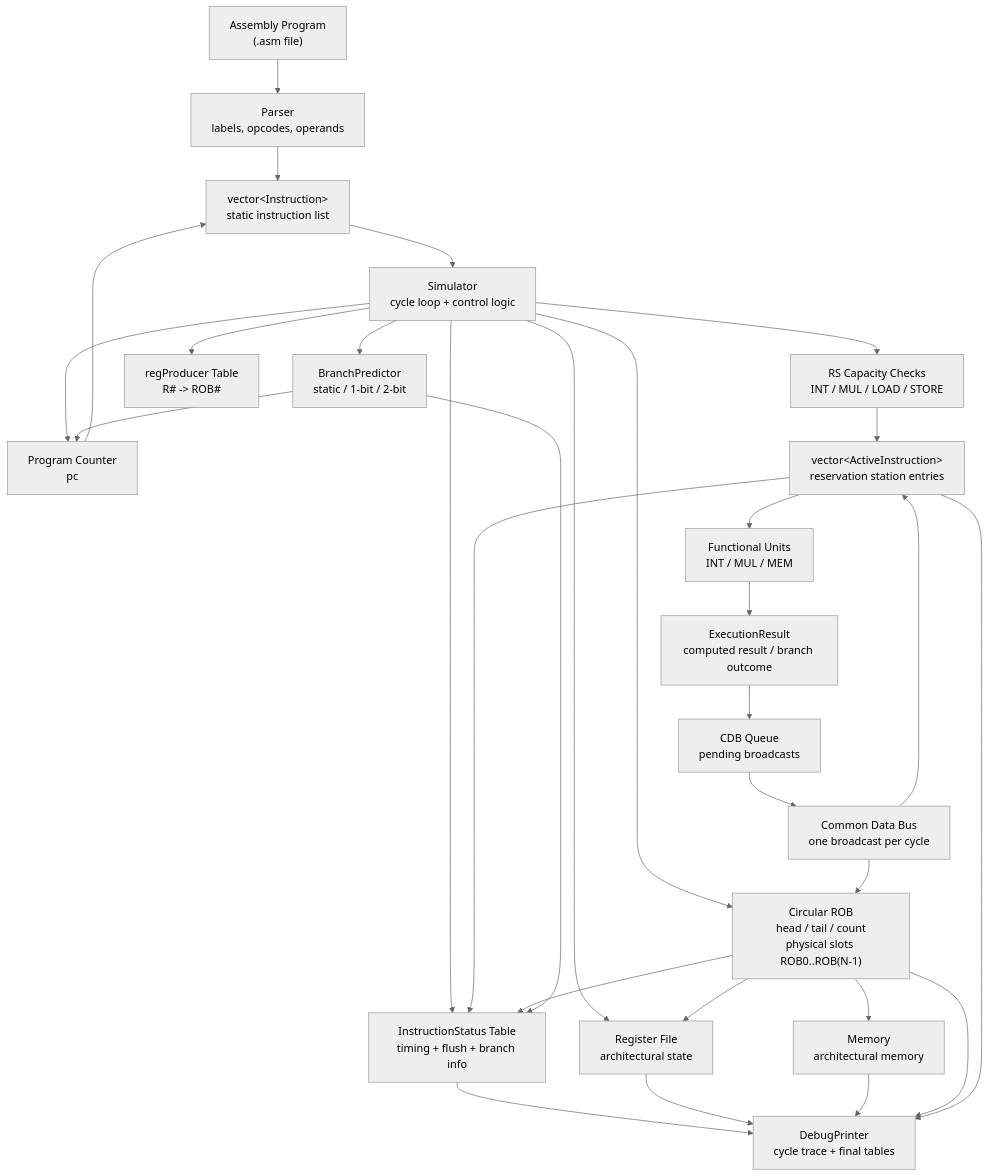
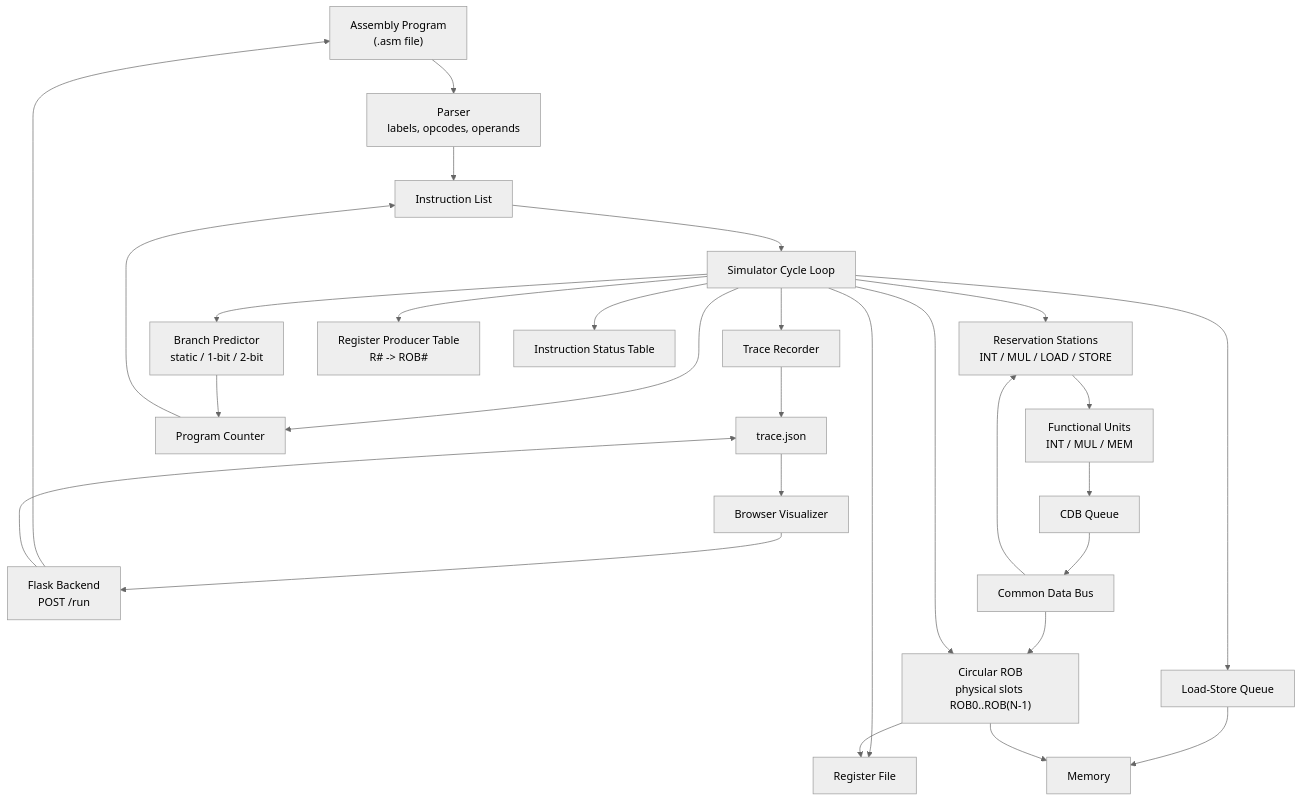
Before and after one commit to elu1652/Tomasulo-Simulator: the diagram in README.md, drawn with Mermaid (neutral theme). The commit also changed other lines of this file and 11 other files, not shown here.

````diff
--- a/README.md
+++ b/README.md
@@ -60,71 +65,59 @@
 ```mermaid
 flowchart TD
     Program["Assembly Program<br/>(.asm file)"]
     Parser["Parser<br/>labels, opcodes, operands"]
-    Instructions["vector&lt;Instruction&gt;<br/>static instruction list"]
+    Instructions["Instruction List"]
 
-    Simulator["Simulator<br/>cycle loop + control logic"]
+    Backend["Flask Backend<br/>POST /run"]
+    Visualizer["Browser Visualizer"]
+    TraceFile["trace.json"]
+    TraceRecorder["Trace Recorder"]
 
-    PC["Program Counter<br/>pc"]
-    BP["BranchPredictor<br/>static / 1-bit / 2-bit"]
+    Simulator["Simulator Cycle Loop"]
+    PC["Program Counter"]
+    BP["Branch Predictor<br/>static / 1-bit / 2-bit"]
 
-    Active["vector&lt;ActiveInstruction&gt;<br/>reservation station entries"]
-    RSCheck["RS Capacity Checks<br/>INT / MUL / LOAD / STORE"]
+    RS["Reservation Stations<br/>INT / MUL / LOAD / STORE"]
+    FU["Functional Units<br/>INT / MUL / MEM"]
+    CDBQ["CDB Queue"]
+    CDB["Common Data Bus"]
 
-    RegFile["Register File<br/>architectural state"]
-    RegProducer["regProducer Table<br/>R# -> ROB#"]
-    ROB["Circular ROB<br/>head / tail / count<br/>physical slots ROB0..ROB(N-1)"]
+    RegFile["Register File"]
+    RegProducer["Register Producer Table<br/>R# -> ROB#"]
+    ROB["Circular ROB<br/>physical slots ROB0..ROB(N-1)"]
+    LSQ["Load-Store Queue"]
+    Memory["Memory"]
+    Status["Instruction Status Table"]
 
-    FU["Functional Units<br/>INT / MUL / MEM"]
-    ExecResult["ExecutionResult<br/>computed result / branch outcome"]
-
-    CDBQ["CDB Queue<br/>pending broadcasts"]
-    CDB["Common Data Bus<br/>one broadcast per cycle"]
-
-    Memory["Memory<br/>architectural memory"]
-
-    Status["InstructionStatus Table<br/>timing + flush + branch info"]
-    Debug["DebugPrinter<br/>cycle trace + final tables"]
-
+    Visualizer --> Backend
+    Backend --> Program
     Program --> Parser
     Parser --> Instructions
     Instructions --> Simulator
 
     Simulator --> PC
     PC --> Instructions
+    Simulator --> BP
+    BP --> PC
 
-    Simulator --> RSCheck
-    RSCheck --> Active
-
-    Simulator --> ROB
+    Simulator --> RS
+    RS --> FU
+    FU --> CDBQ
+    CDBQ --> CDB
+    CDB --> ROB
+    CDB --> RS
 
     Simulator --> RegProducer
     Simulator --> RegFile
-
-    Simulator --> BP
-    BP --> PC
-
-    Active --> FU
-    FU --> ExecResult
-
-    ExecResult --> CDBQ
-    CDBQ --> CDB
-
-    CDB --> ROB
-    CDB --> Active
-
-    
+    Simulator --> ROB
+    Simulator --> LSQ
+    LSQ --> Memory
     ROB --> RegFile
     ROB --> Memory
 
     Simulator --> Status
-    Active --> Status
-    ROB --> Status
-    BP --> Status
-
-    Status --> Debug
-    RegFile --> Debug
-    Memory --> Debug
-    ROB --> Debug
-    Active --> Debug
+    Simulator --> TraceRecorder
+    TraceRecorder --> TraceFile
+    TraceFile --> Visualizer
+    Backend --> TraceFile
 ```
````
